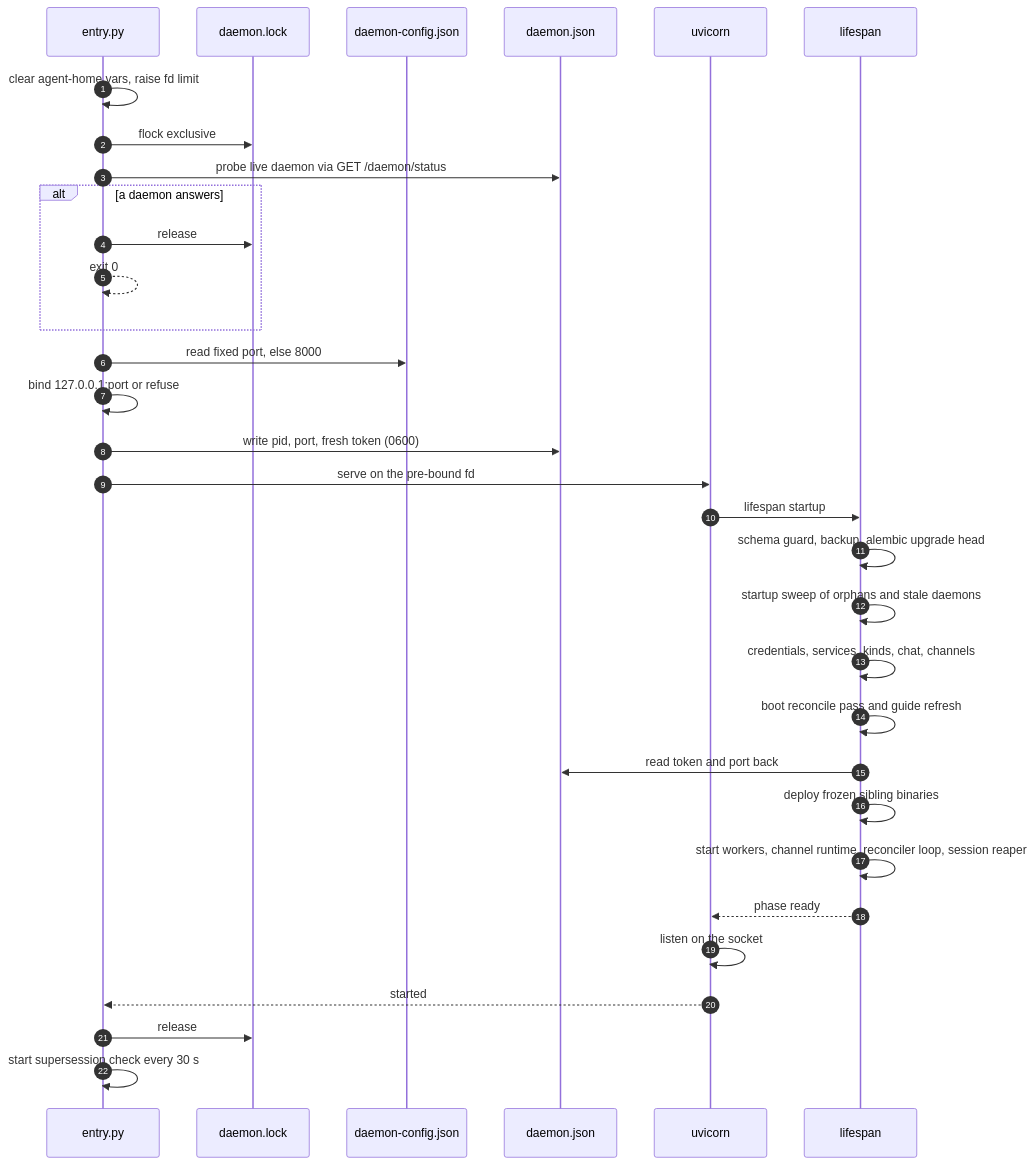
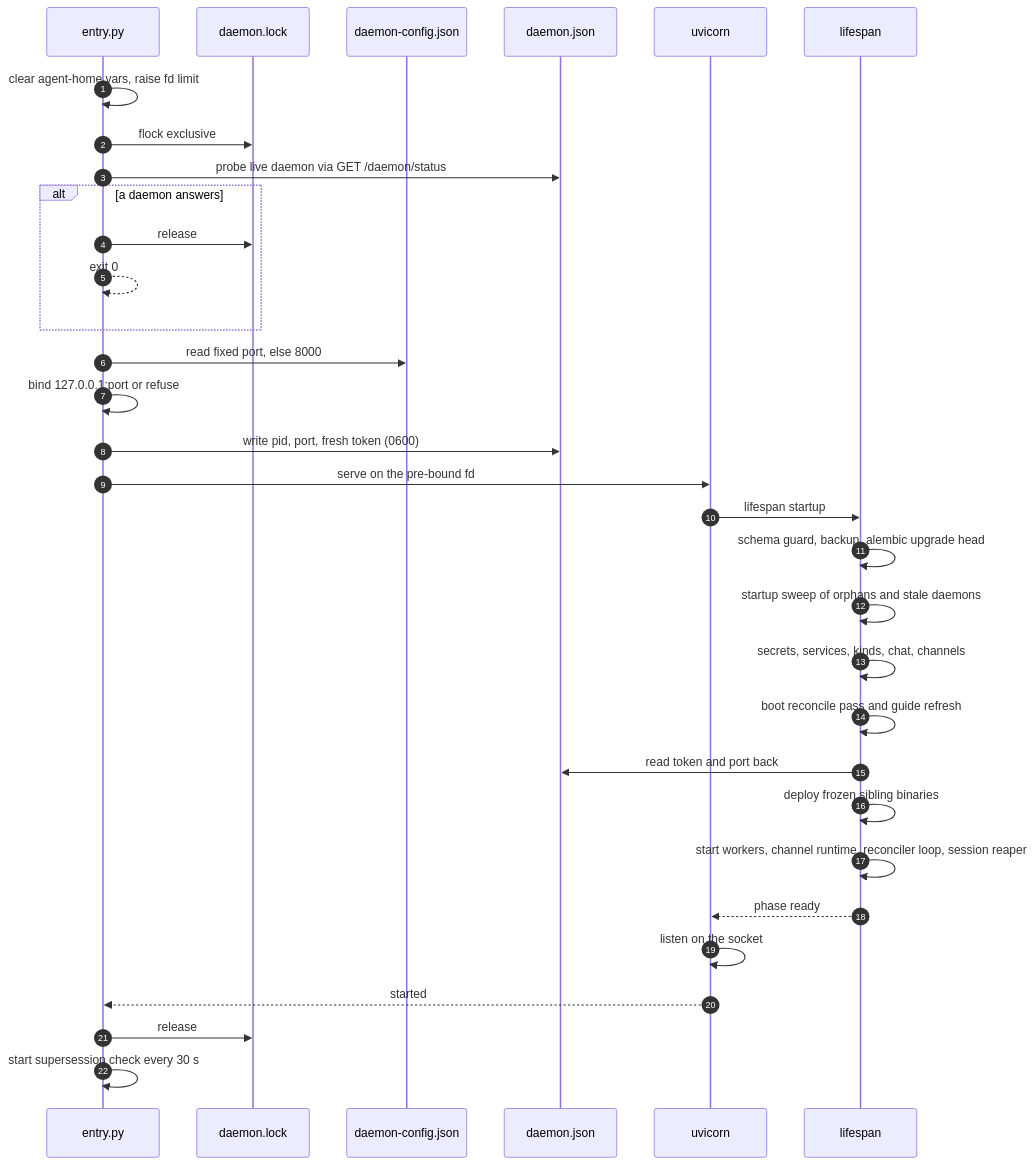
One commit to wyx-sg/Coffer changed the second of 4 diagrams in docs-site/architecture/daemon.md. Above: the diagram before and after it, drawn with Mermaid. The commit also changed 584 other files, not shown here.

````diff
--- a/docs-site/architecture/daemon.md
+++ b/docs-site/architecture/daemon.md
@@ -104,34 +104,34 @@
 ```mermaid
 sequenceDiagram
   autonumber
   participant E as entry.py
   participant L as daemon.lock
   participant C as daemon-config.json
   participant J as daemon.json
   participant U as uvicorn
   participant A as lifespan
   E->>E: clear agent-home vars, raise fd limit
   E->>L: flock exclusive
   E->>J: probe live daemon via GET /daemon/status
   alt a daemon answers
     E->>L: release
     E-->>E: exit 0
   end
   E->>C: read fixed port, else 8000
   E->>E: bind 127.0.0.1:port or refuse
   E->>J: write pid, port, fresh token (0600)
   E->>U: serve on the pre-bound fd
   U->>A: lifespan startup
   A->>A: schema guard, backup, alembic upgrade head
   A->>A: startup sweep of orphans and stale daemons
-  A->>A: credentials, services, kinds, chat, channels
+  A->>A: secrets, services, kinds, chat, channels
   A->>A: boot reconcile pass and guide refresh
   A->>J: read token and port back
   A->>A: deploy frozen sibling binaries
   A->>A: start workers, channel runtime, reconciler loop, session reaper
   A-->>U: phase ready
   U->>U: listen on the socket
   U-->>E: started
   E->>L: release
   E->>E: start supersession check every 30 s
 ```
````
